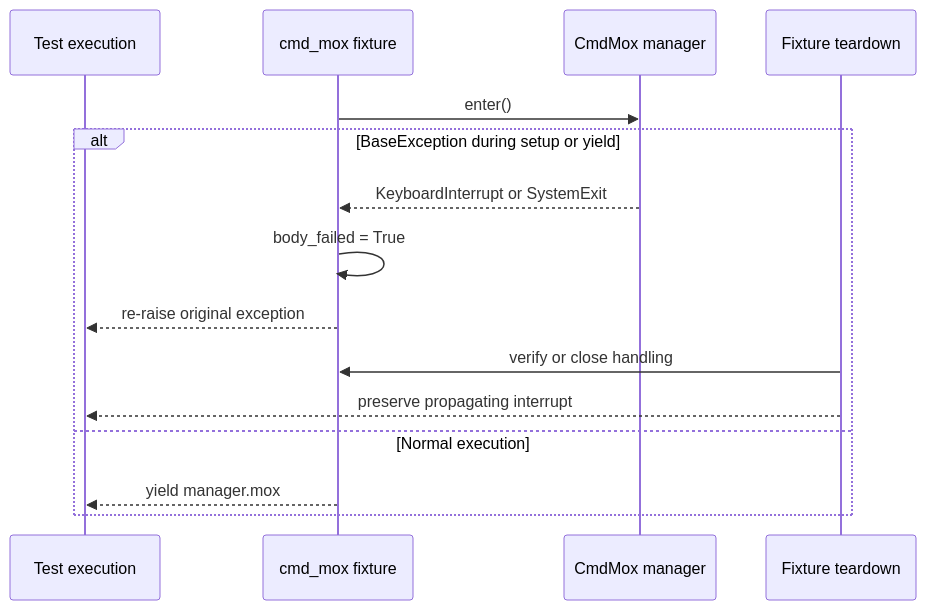
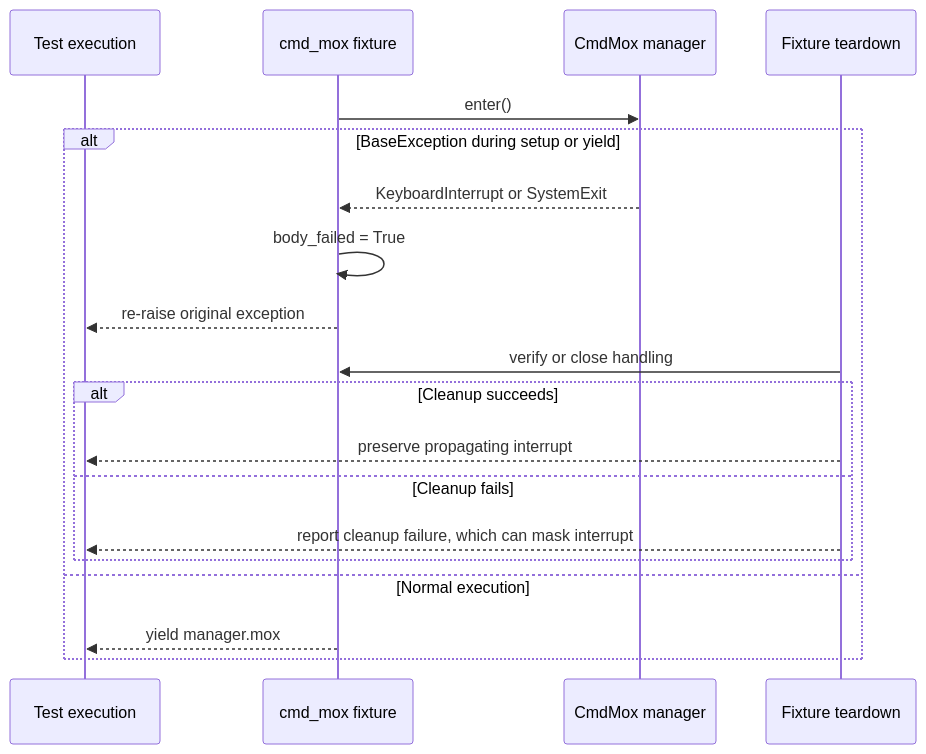
Before and after one commit to leynos/cmd-mox: the third of 30 diagrams in docs/python-native-command-mocking-design.md, drawn with Mermaid. The commit also changed other lines of this file, not shown here.

Commit message:
Clarify cleanup failure in diagram (#239)
Show that fixture teardown preserves the interrupt when cleanup succeeds,
but a cleanup failure can replace it.

````diff
--- a/docs/python-native-command-mocking-design.md
+++ b/docs/python-native-command-mocking-design.md
@@ -437,18 +438,22 @@
 ```mermaid
 sequenceDiagram
     participant Test as Test execution
     participant Fixture as cmd_mox fixture
     participant Manager as CmdMox manager
     participant Teardown as Fixture teardown
 
     Fixture->>Manager: enter()
     alt BaseException during setup or yield
         Manager-->>Fixture: KeyboardInterrupt or SystemExit
         Fixture->>Fixture: body_failed = True
         Fixture-->>Test: re-raise original exception
         Teardown->>Fixture: verify or close handling
-        Teardown-->>Test: preserve propagating interrupt
+        alt Cleanup succeeds
+            Teardown-->>Test: preserve propagating interrupt
+        else Cleanup fails
+            Teardown-->>Test: report cleanup failure, which can mask interrupt
+        end
     else Normal execution
         Fixture-->>Test: yield manager.mox
     end
 ```
````
